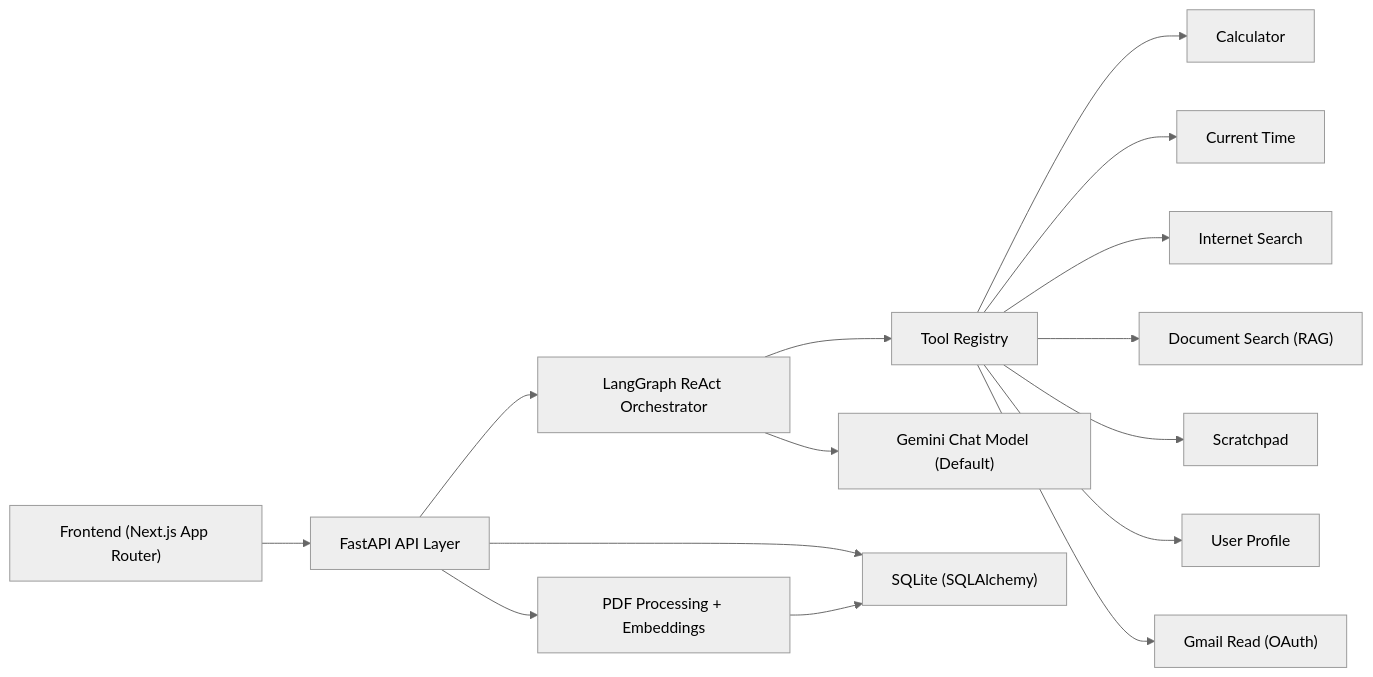
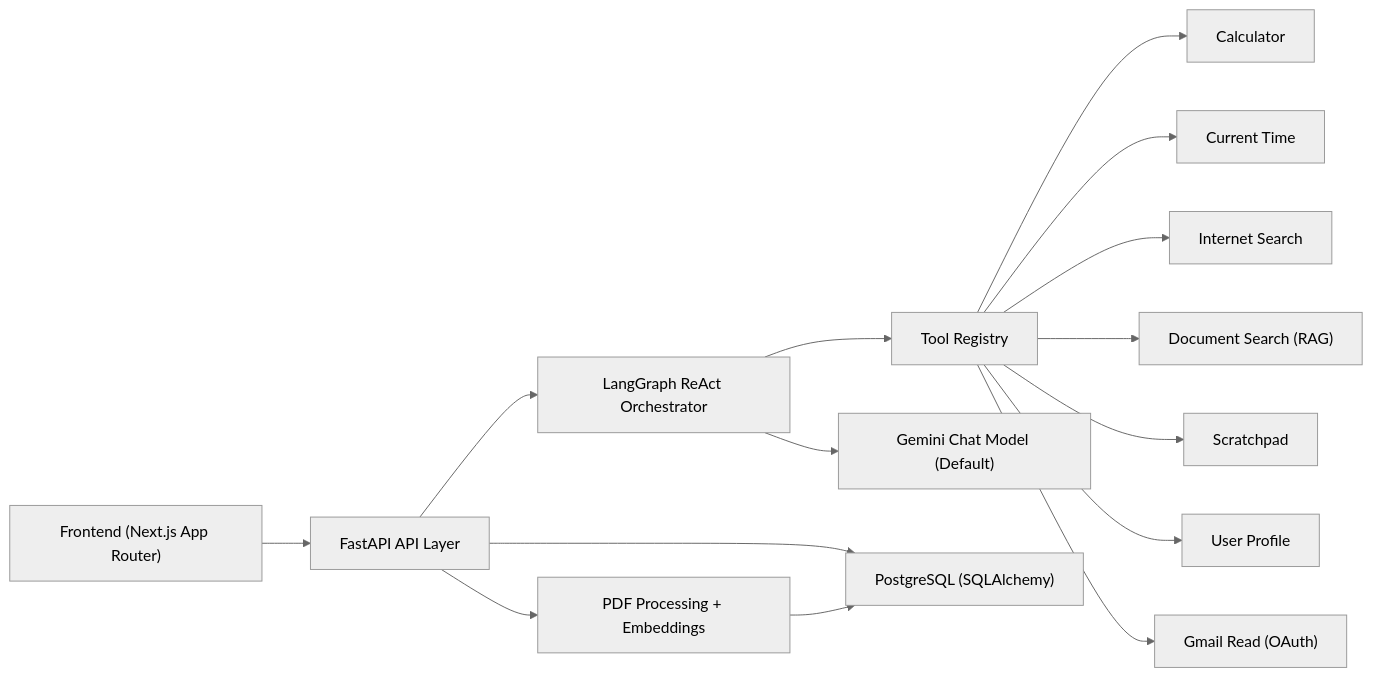
One commit to gtpooniwala/personal-agent changed the diagram in README.md. Above: the diagram before and after it, drawn with Mermaid (neutral theme). The commit also changed other lines of this file and 12 other files, not shown here.

First line of the commit message:
[Infrastructure] Adopt PostgreSQL as default runtime and test database baseline (#47)

````diff
--- a/README.md
+++ b/README.md
@@ -18,19 +18,19 @@
 ```mermaid
 flowchart LR
     UI["Frontend (Next.js App Router)"] --> API["FastAPI API Layer"]
     API --> ORCH["LangGraph ReAct Orchestrator"]
     ORCH --> REG["Tool Registry"]
     ORCH --> LLM["Gemini Chat Model (Default)"]
 
     REG --> CALC["Calculator"]
     REG --> TIME["Current Time"]
     REG --> SEARCH["Internet Search"]
     REG --> DOCS["Document Search (RAG)"]
     REG --> PAD["Scratchpad"]
     REG --> PROFILE["User Profile"]
     REG --> GMAIL["Gmail Read (OAuth)"]
 
-    API --> DB["SQLite (SQLAlchemy)"]
+    API --> DB["PostgreSQL (SQLAlchemy)"]
     API --> DOCPROC["PDF Processing + Embeddings"]
     DOCPROC --> DB
 ```
````
